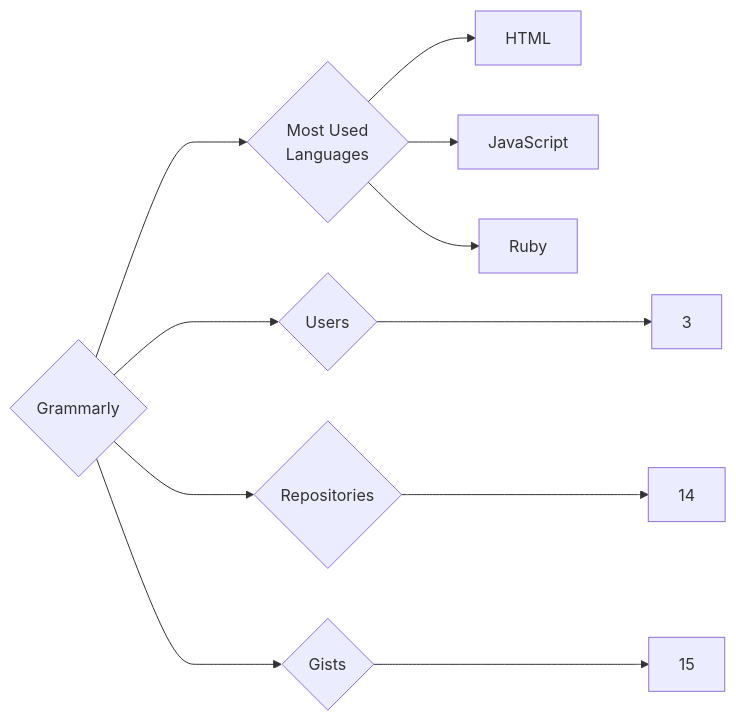
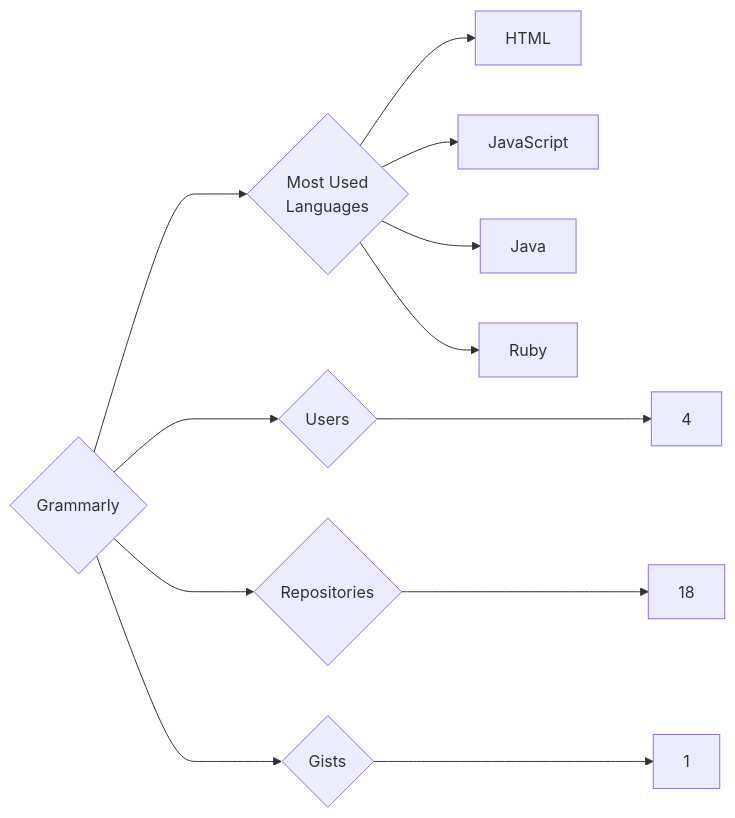
One commit to trickest/insiders changed the diagram in targets/Grammarly/README.md. Above: the diagram before and after it, drawn with Mermaid. The commit also changed 1084 other files, not shown here.

````diff
--- a/targets/Grammarly/README.md
+++ b/targets/Grammarly/README.md
@@ -3,11 +3,12 @@
 ```mermaid
 graph LR
 COMPANY_NAME{Grammarly}
-COMPANY_NAME ---> U{Users} ---> UN[3]
-COMPANY_NAME ---> R{Repositories} ---> RN[14]
-COMPANY_NAME ---> G{Gists} ---> GN[15]
+COMPANY_NAME ---> U{Users} ---> UN[4]
+COMPANY_NAME ---> R{Repositories} ---> RN[18]
+COMPANY_NAME ---> G{Gists} ---> GN[1]
 COMPANY_NAME ---> ML{Most Used<br>Languages}
 ML --> HTML[HTML]
 ML --> JavaScript[JavaScript]
+ML --> Java[Java]
 ML --> Ruby[Ruby]
 ```
````
